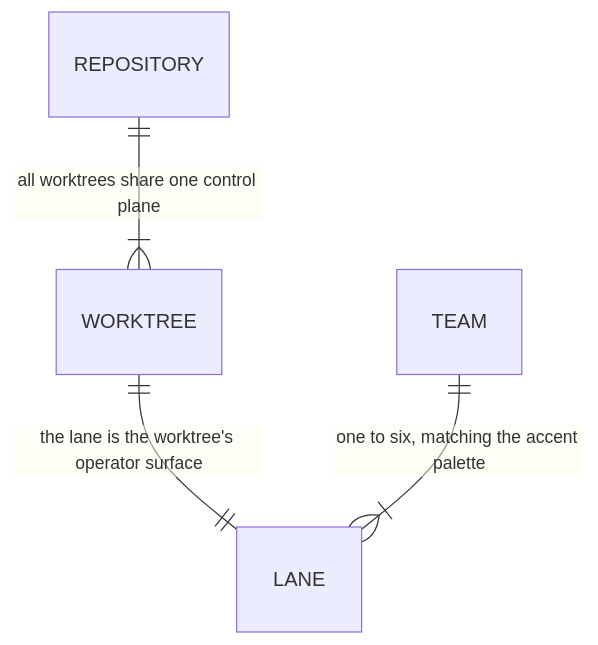
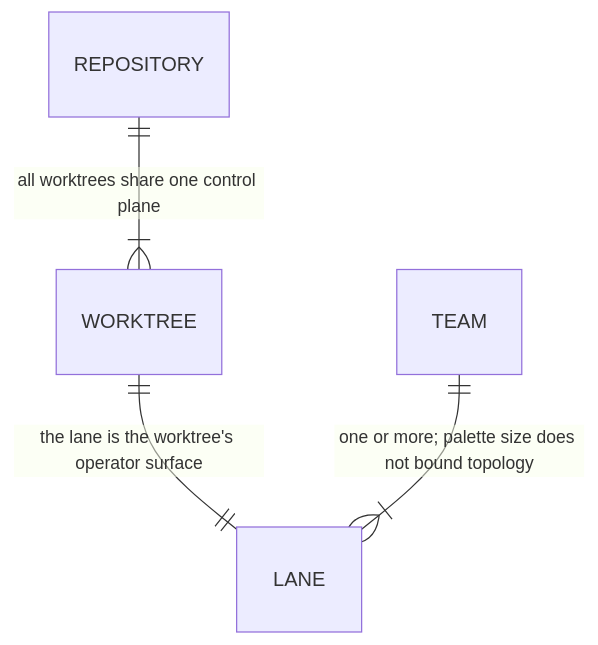
One commit to infimalabs/spice-rust changed the second of 9 diagrams in docs/product/model/domain.md. Above: the diagram before and after it, drawn with Mermaid. The commit also changed other lines of this file and 71 other files, not shown here.

````diff
--- a/docs/product/model/domain.md
+++ b/docs/product/model/domain.md
@@ -49,6 +50,6 @@
 ```mermaid
 erDiagram
   REPOSITORY ||--|{ WORKTREE : "all worktrees share one control plane"
   WORKTREE ||--|| LANE : "the lane is the worktree's operator surface"
-  TEAM ||--|{ LANE : "one to six, matching the accent palette"
+  TEAM ||--|{ LANE : "one or more; palette size does not bound topology"
 ```
````
